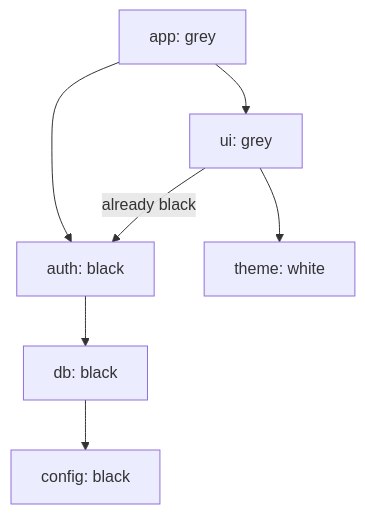
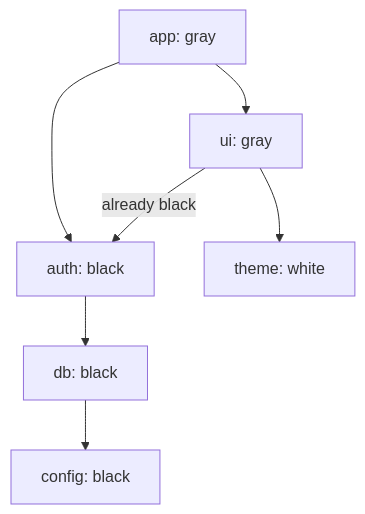
One commit to bkuberek/coding-study changed the first of 2 diagrams in guides/depth-first-search/guide.md. Above: the diagram before and after it, drawn with Mermaid. The commit also changed other lines of this file and 116 other files, not shown here.

````diff
--- a/guides/depth-first-search/guide.md
+++ b/guides/depth-first-search/guide.md
@@ -197,11 +197,11 @@
 ```mermaid
 flowchart TD
-  accTitle: The colours when ui looks at auth
-  accDescr: App is grey and imports auth and ui. Auth, db and config are black, finished earlier in that order of depth. Ui is grey, on the current path, and imports theme, still white, and auth, already black, which is not a cycle.
-  app["app: grey"] --> auth["auth: black"]
-  app --> ui["ui: grey"]
+  accTitle: The colors when ui looks at auth
+  accDescr: App is gray and imports auth and ui. Auth, db and config are black, finished earlier in that order of depth. Ui is gray, on the current path, and imports theme, still white, and auth, already black, which is not a cycle.
+  app["app: gray"] --> auth["auth: black"]
+  app --> ui["ui: gray"]
   auth --> db["db: black"]
   ui --> theme["theme: white"]
   db --> config["config: black"]
   ui -- "already black" --> auth
 ```
````
